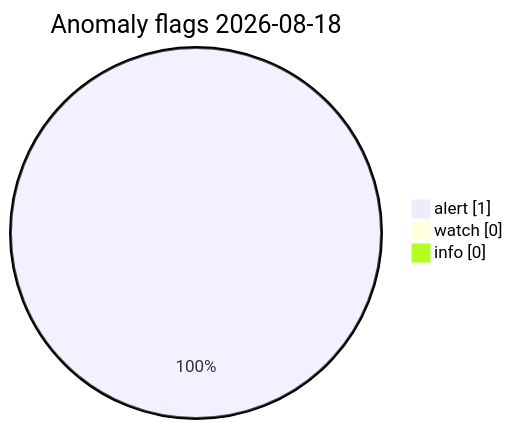
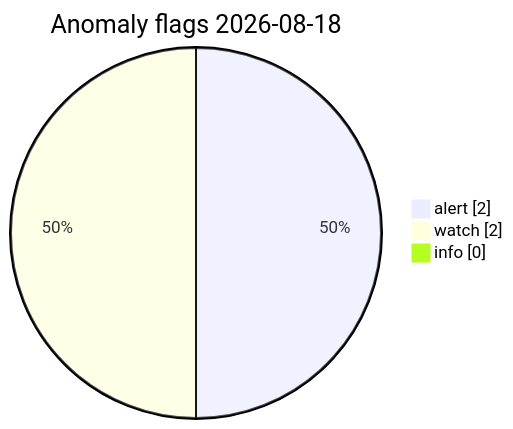
The diagram in visuals/latest/CHARTS.md (Midwest-Stratospheric/Unified-Open-Global-Weather), drawn with Mermaid before and after one commit. The commit also changed other lines of this file and 13 other files, not shown here.

Commit message:
data(visuals): automated charts 2026-08-18T10:55Z

````diff
--- a/visuals/latest/CHARTS.md
+++ b/visuals/latest/CHARTS.md
@@ -73,7 +73,7 @@
 ```mermaid
 pie showData
   title Anomaly flags 2026-08-18
-  "alert" : 1
-  "watch" : 0
+  "alert" : 2
+  "watch" : 2
   "info" : 0
 ```
````
